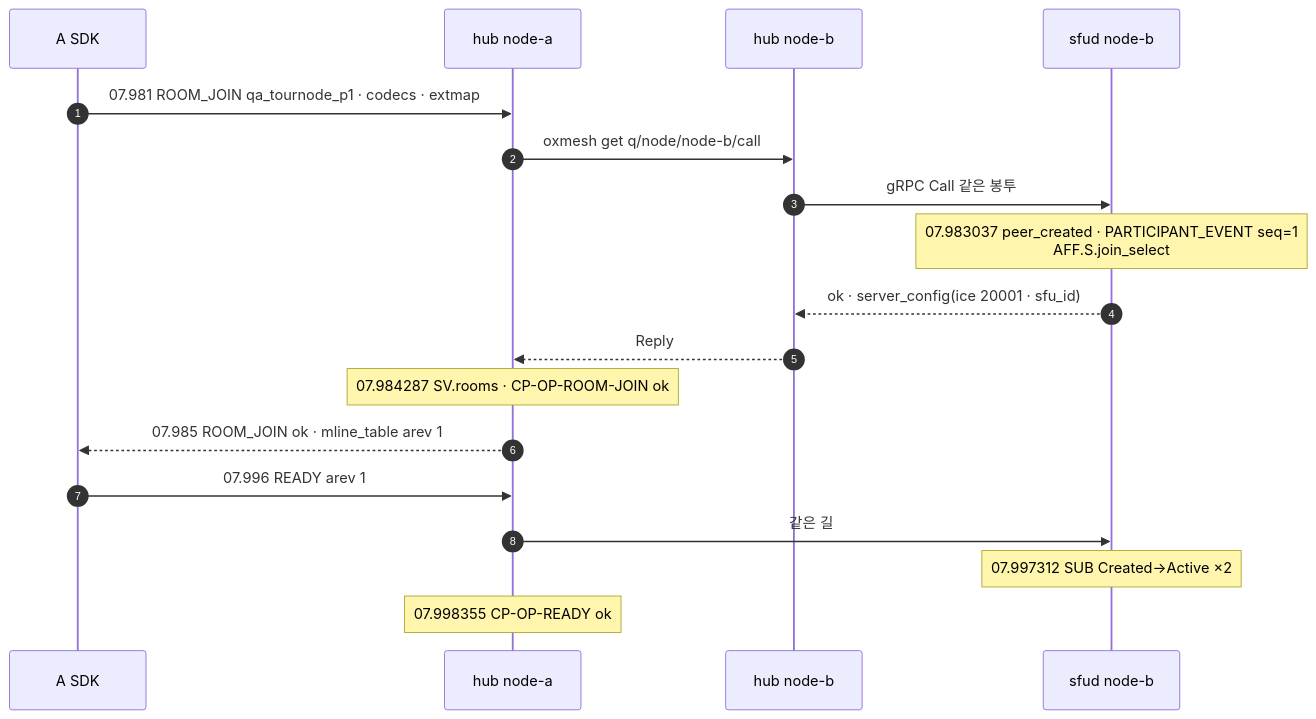
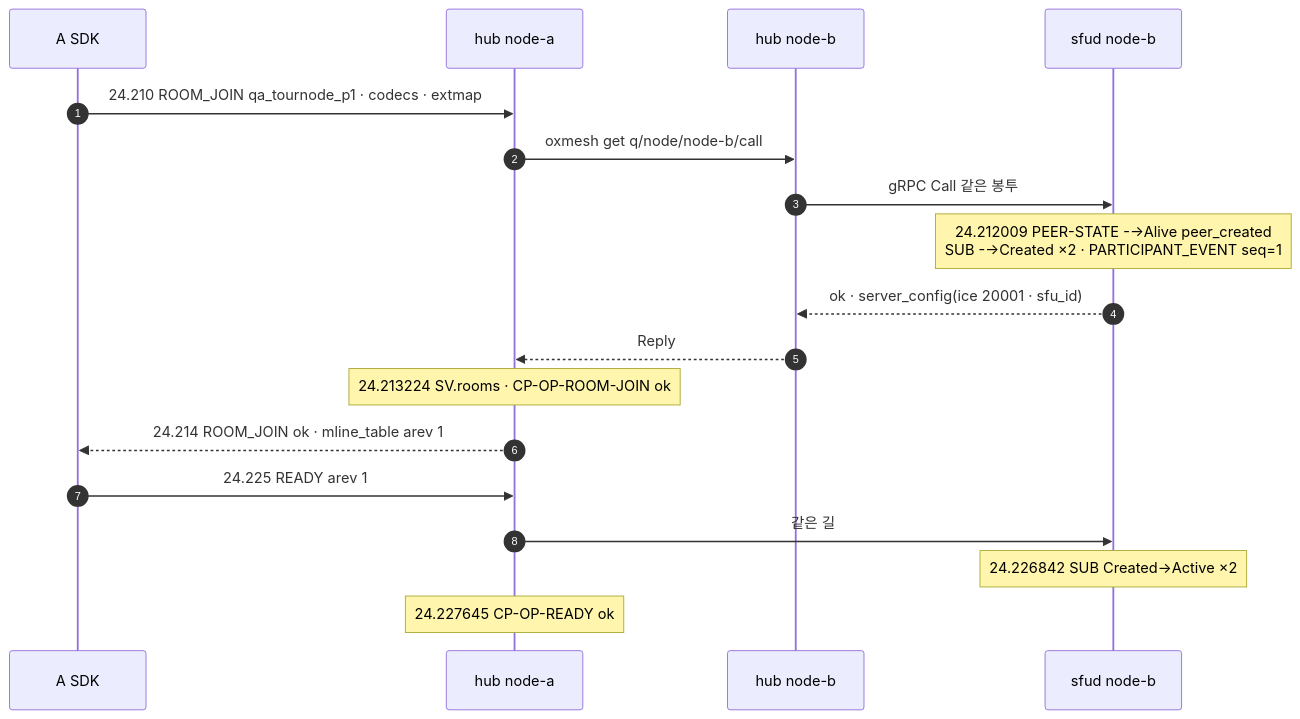
One commit to kodeholic9/oxlens-sfu changed the second of 3 diagrams in docs/learn/13_MULTI_NODE.md. Above: the diagram before and after it, drawn with Mermaid. The commit also changed other lines of this file and 19 other files, not shown here.

````diff
--- a/docs/learn/13_MULTI_NODE.md
+++ b/docs/learn/13_MULTI_NODE.md
@@ -61,20 +68,20 @@
 ```mermaid
 sequenceDiagram
   autonumber
   participant A as A SDK
   participant HA as hub node-a
   participant HB as hub node-b
   participant SB as sfud node-b
-  A->>HA: 07.981 ROOM_JOIN qa_tournode_p1 · codecs · extmap
+  A->>HA: 24.210 ROOM_JOIN qa_tournode_p1 · codecs · extmap
   HA->>HB: oxmesh get q/node/node-b/call
   HB->>SB: gRPC Call 같은 봉투
-  Note over SB: 07.983037 peer_created · PARTICIPANT_EVENT seq=1<br/>AFF.S.join_select
+  Note over SB: 24.212009 PEER-STATE -→Alive peer_created<br/>SUB -→Created ×2 · PARTICIPANT_EVENT seq=1
   SB-->>HB: ok · server_config(ice 20001 · sfu_id)
   HB-->>HA: Reply
-  Note over HA: 07.984287 SV.rooms · CP-OP-ROOM-JOIN ok
-  HA-->>A: 07.985 ROOM_JOIN ok · mline_table arev 1
-  A->>HA: 07.996 READY arev 1
+  Note over HA: 24.213224 SV.rooms · CP-OP-ROOM-JOIN ok
+  HA-->>A: 24.214 ROOM_JOIN ok · mline_table arev 1
+  A->>HA: 24.225 READY arev 1
   HA->>SB: 같은 길
-  Note over SB: 07.997312 SUB Created→Active ×2
-  Note over HA: 07.998355 CP-OP-READY ok
+  Note over SB: 24.226842 SUB Created→Active ×2
+  Note over HA: 24.227645 CP-OP-READY ok
 ```
````
